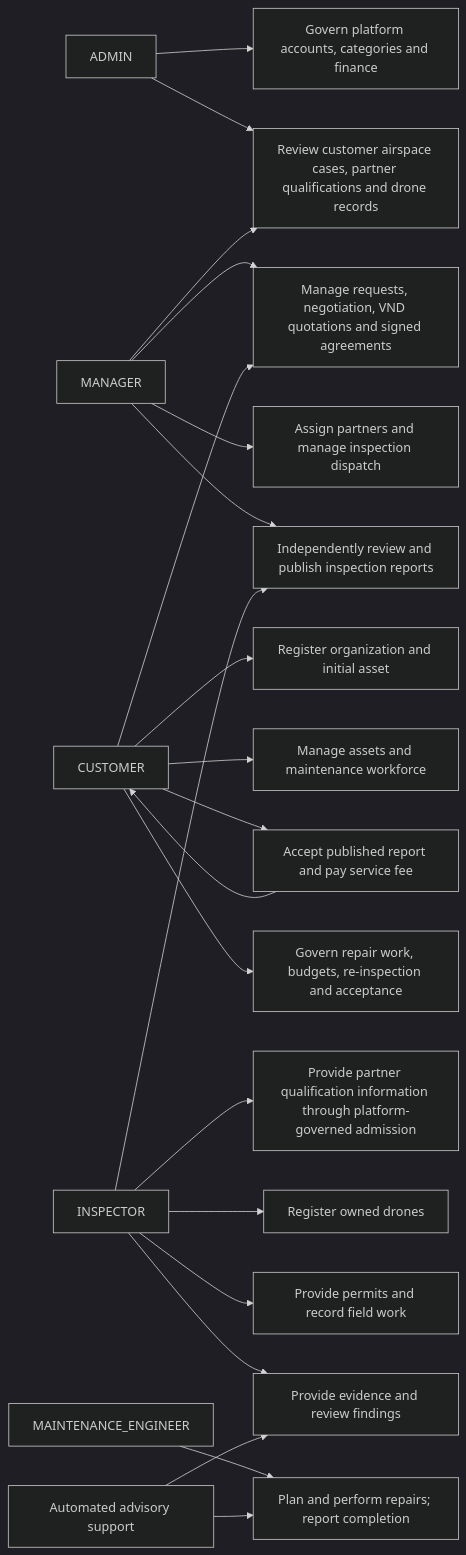
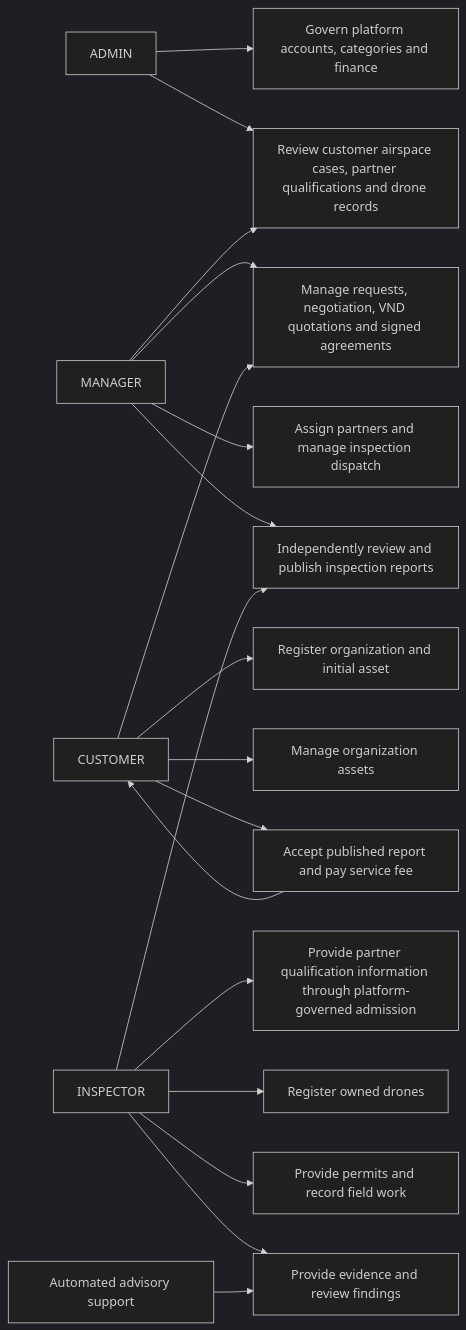
The diagram in reports/report-3-software-requirement-specification/02-user-requirements.md (tungbach12/SmartDroneInspection-Docs), drawn with Mermaid (dark theme) before and after one commit. The commit also changed other lines of this file and 35 other files, not shown here.

````diff
--- a/reports/report-3-software-requirement-specification/02-user-requirements.md
+++ b/reports/report-3-software-requirement-specification/02-user-requirements.md
@@ -28,27 +27,24 @@
 ```mermaid
 %% title: Use Case Diagram
 flowchart LR
   ADMIN["ADMIN"] --> GOV["Govern platform accounts, categories and finance"]
   ADMIN --> REVIEW["Review customer airspace cases, partner qualifications and drone records"]
   MANAGER["MANAGER"] --> REVIEW
   MANAGER --> COMMERCIAL["Manage requests, negotiation, VND quotations and signed agreements"]
   MANAGER --> DISPATCH["Assign partners and manage inspection dispatch"]
   MANAGER --> REPORT["Independently review and publish inspection reports"]
 
   CUSTOMER["CUSTOMER"] --> REGISTER["Register organization and initial asset"]
-  CUSTOMER --> ASSET["Manage assets and maintenance workforce"]
+  CUSTOMER --> ASSET["Manage organization assets"]
   CUSTOMER --> COMMERCIAL
   CUSTOMER --> PAYMENT["Accept published report and pay service fee"]
-  CUSTOMER --> MAINTENANCE["Govern repair work, budgets, re-inspection and acceptance"]
 
   INSPECTOR["INSPECTOR"] --> QUALIFY["Provide partner qualification information through platform-governed admission"]
   INSPECTOR --> DRONE["Register owned drones"]
   INSPECTOR --> FIELD["Provide permits and record field work"]
   INSPECTOR --> EVIDENCE["Provide evidence and review findings"]
   INSPECTOR --> REPORT
 
-  ENGINEER["MAINTENANCE_ENGINEER"] --> REPAIR["Plan and perform repairs; report completion"]
   PAYMENT --> CUSTOMER
   AI["Automated advisory support"] --> EVIDENCE
-  AI --> REPAIR
 ```
````
